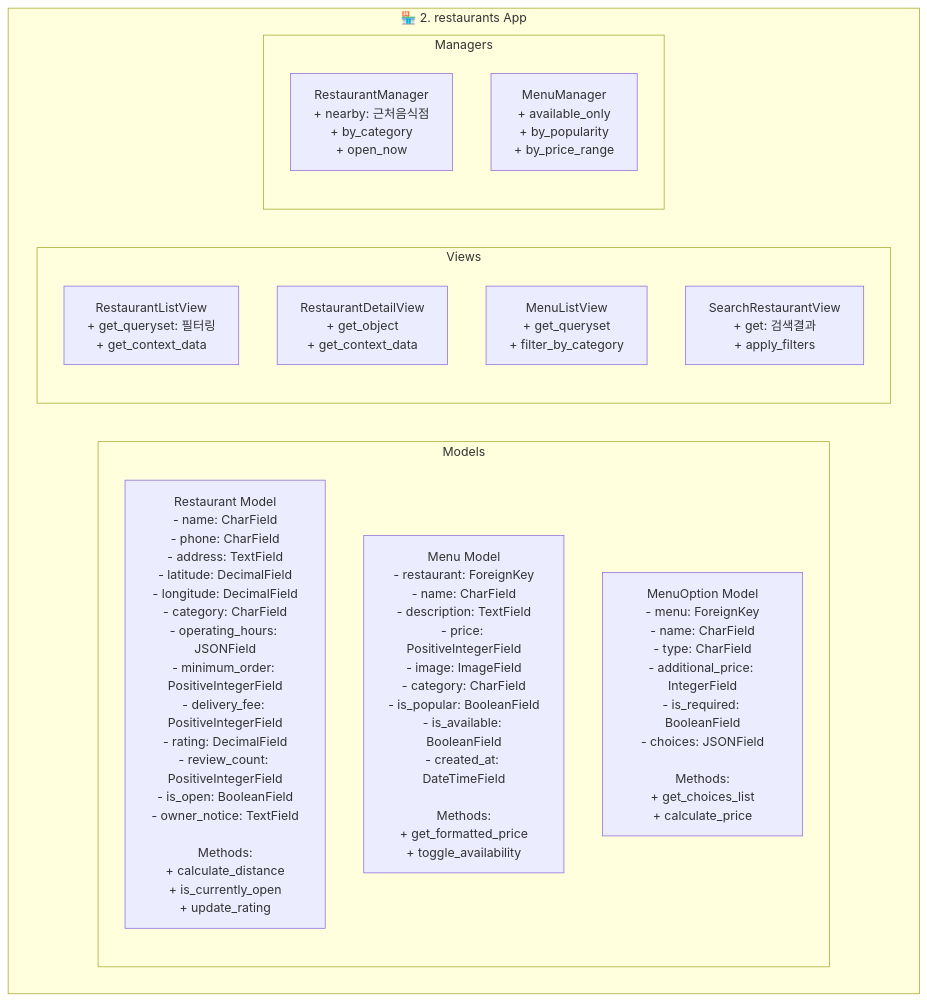
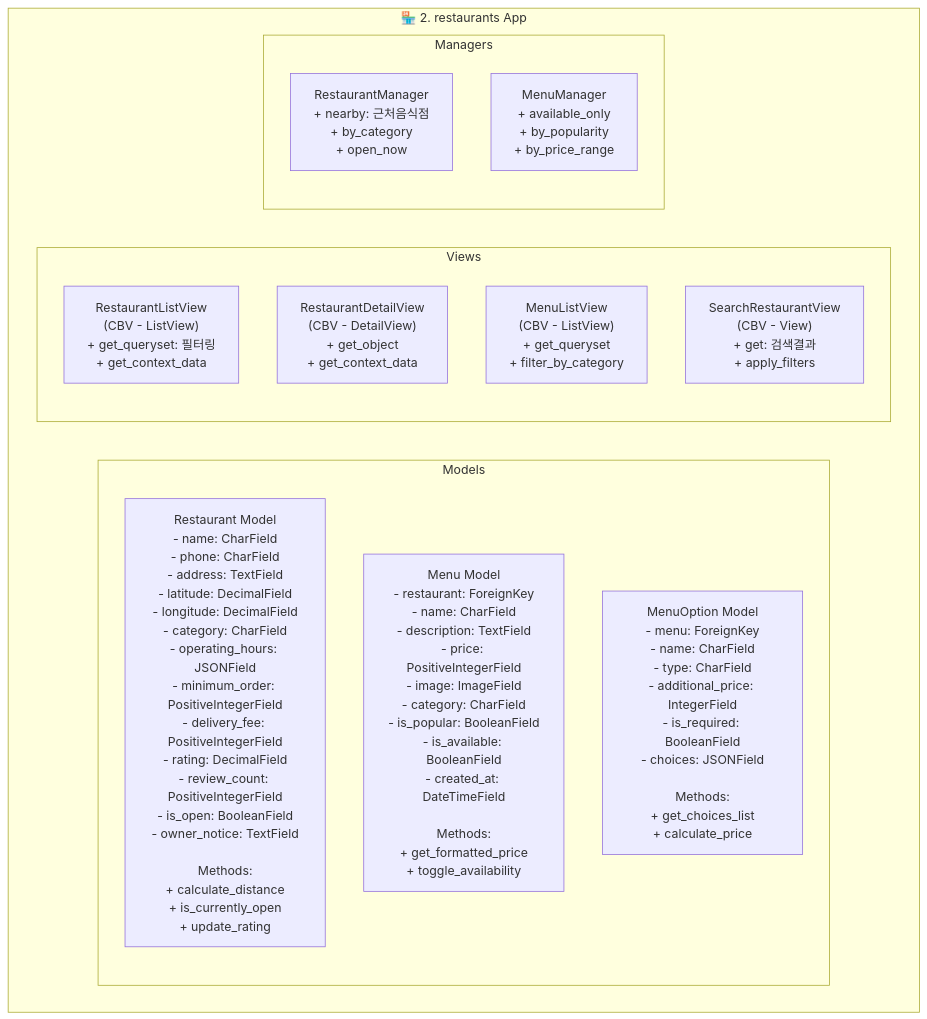
Before and after one commit to jhj1111/sessac_shoping_web: the diagram in apps/restaurants/README.md, drawn with Mermaid. The commit also changed other lines of this file and 2 other files, not shown here.

````diff
--- a/apps/restaurants/README.md
+++ b/apps/restaurants/README.md
@@ -2,22 +10,22 @@
 ```mermaid
 graph TB
     subgraph "🏪 2. restaurants App"
         subgraph "Models"
             B1[Restaurant Model<br/>- name: CharField<br/>- phone: CharField<br/>- address: TextField<br/>- latitude: DecimalField<br/>- longitude: DecimalField<br/>- category: CharField<br/>- operating_hours: JSONField<br/>- minimum_order: PositiveIntegerField<br/>- delivery_fee: PositiveIntegerField<br/>- rating: DecimalField<br/>- review_count: PositiveIntegerField<br/>- is_open: BooleanField<br/>- owner_notice: TextField<br/><br/>Methods:<br/>+ calculate_distance<br/>+ is_currently_open<br/>+ update_rating]
             B2[Menu Model<br/>- restaurant: ForeignKey<br/>- name: CharField<br/>- description: TextField<br/>- price: PositiveIntegerField<br/>- image: ImageField<br/>- category: CharField<br/>- is_popular: BooleanField<br/>- is_available: BooleanField<br/>- created_at: DateTimeField<br/><br/>Methods:<br/>+ get_formatted_price<br/>+ toggle_availability]
             B3[MenuOption Model<br/>- menu: ForeignKey<br/>- name: CharField<br/>- type: CharField<br/>- additional_price: IntegerField<br/>- is_required: BooleanField<br/>- choices: JSONField<br/><br/>Methods:<br/>+ get_choices_list<br/>+ calculate_price]
         end
         
         subgraph "Views"
-            B4[RestaurantListView<br/>+ get_queryset: 필터링<br/>+ get_context_data]
-            B5[RestaurantDetailView<br/>+ get_object<br/>+ get_context_data]
-            B6[MenuListView<br/>+ get_queryset<br/>+ filter_by_category]
-            B7[SearchRestaurantView<br/>+ get: 검색결과<br/>+ apply_filters]
+            B4["RestaurantListView<br> (CBV - ListView)"<br/>+ get_queryset: 필터링<br/>+ get_context_data]
+            B5["RestaurantDetailView<br> (CBV - DetailView)"<br/>+ get_object<br/>+ get_context_data]
+            B6["MenuListView<br> (CBV - ListView)"<br/>+ get_queryset<br/>+ filter_by_category]
+            B7["SearchRestaurantView<br> (CBV - View)"<br/>+ get: 검색결과<br/>+ apply_filters]
         end
         
         subgraph "Managers"
             B8[RestaurantManager<br/>+ nearby: 근처음식점<br/>+ by_category<br/>+ open_now]
             B9[MenuManager<br/>+ available_only<br/>+ by_popularity<br/>+ by_price_range]
         end
     end
 ```
````
